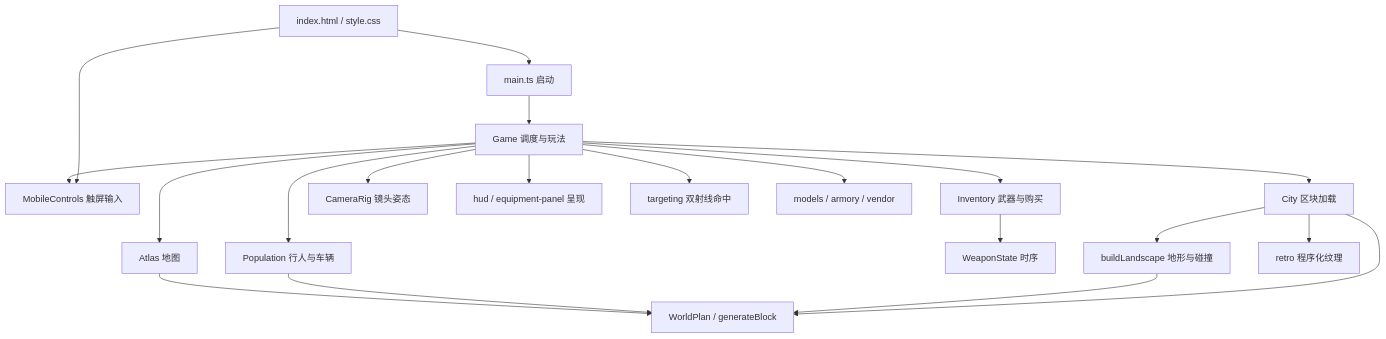
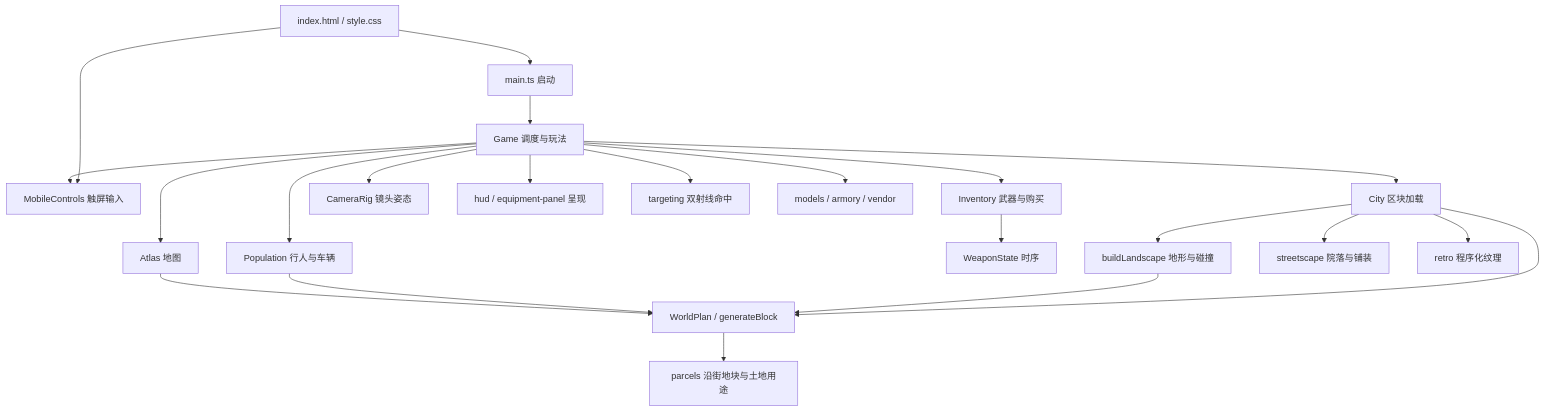
Before and after one commit to wengxiaoxiong/copperline: the diagram in docs/ARCHITECTURE.md, drawn with Mermaid. The commit also changed other lines of this file and 37 other files, not shown here.

Commit message:
feat: enrich city buildings, streetscape and NPC interactions

````diff
--- a/docs/ARCHITECTURE.md
+++ b/docs/ARCHITECTURE.md
@@ -11,22 +11,24 @@
 ```mermaid
 flowchart TD
   HTML[index.html / style.css] --> Main[main.ts 启动]
   HTML --> Mobile[MobileControls 触屏输入]
   Main --> Game[Game 调度与玩法]
   Game --> City[City 区块加载]
   Game --> Population[Population 行人与车辆]
   Game --> Atlas[Atlas 地图]
   Game --> Inventory[Inventory 武器与购买]
   Inventory --> WeaponState[WeaponState 时序]
   Game --> CameraRig[CameraRig 镜头姿态]
   Game --> Mobile
   Game --> Presentation[hud / equipment-panel 呈现]
   Game --> Targeting[targeting 双射线命中]
   City --> Landscape[buildLandscape 地形与碰撞]
   City --> Plan[WorldPlan / generateBlock]
   Landscape --> Plan
   Population --> Plan
   Atlas --> Plan
   Game --> Assets[models / armory / vendor]
+  Plan --> Parcels[parcels 沿街地块与土地用途]
+  City --> Streetscape[streetscape 院落与铺装]
   City --> Retro[retro 程序化纹理]
 ```
````
